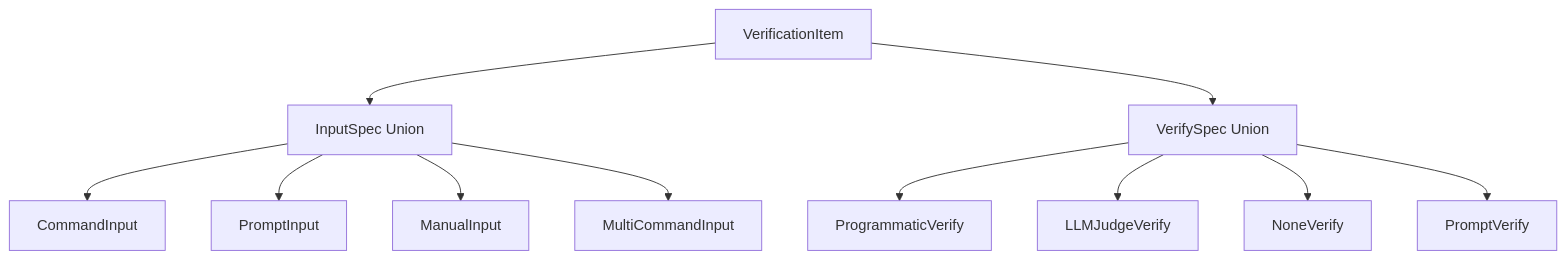
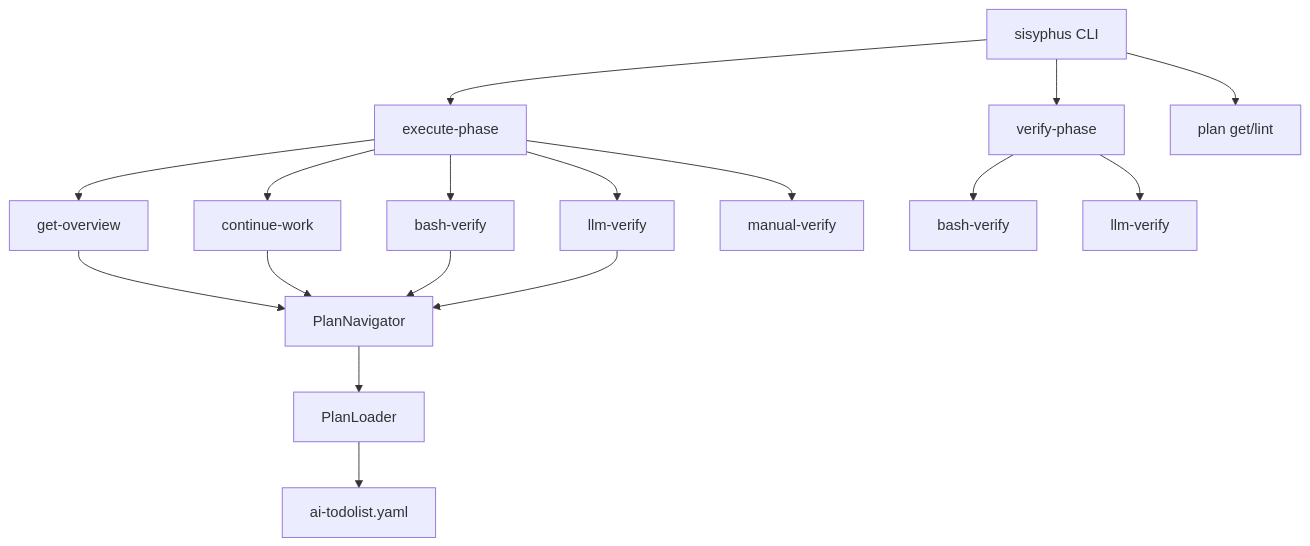
The first of 2 diagrams in ai-todolist.md (code-yeongyu/sisyphus-private), drawn with Mermaid before and after one commit. The commit also changed other lines of this file, not shown here.

Commit message:
fiat lux yaml tools

````diff
--- a/ai-todolist.md
+++ b/ai-todolist.md
@@ -277,15 +352,25 @@
 ```mermaid
 graph TB
-    VI[VerificationItem] --> IS[InputSpec Union]
-    VI --> VS[VerifySpec Union]
+    CLI[sisyphus CLI]
 
-    IS --> CI[CommandInput]
-    IS --> PI[PromptInput]
-    IS --> MI[ManualInput]
-    IS --> MCI[MultiCommandInput]
+    CLI --> EP[execute-phase]
+    CLI --> VP[verify-phase]
+    CLI --> PLAN[plan get/lint]
 
-    VS --> PV[ProgrammaticVerify]
-    VS --> LV[LLMJudgeVerify]
-    VS --> NV[NoneVerify]
-    VS --> PRV[PromptVerify]
+    EP --> EPO[get-overview]
+    EP --> EPC[continue-work]
+    EP --> EPBV[bash-verify]
+    EP --> EPLV[llm-verify]
+    EP --> EPMV[manual-verify]
+
+    VP --> VPBV[bash-verify]
+    VP --> VPLV[llm-verify]
+
+    EPO --> PN[PlanNavigator]
+    EPC --> PN
+    EPBV --> PN
+    EPLV --> PN
+
+    PN --> PL[PlanLoader]
+    PL --> YAML[ai-todolist.yaml]
 ```
````
